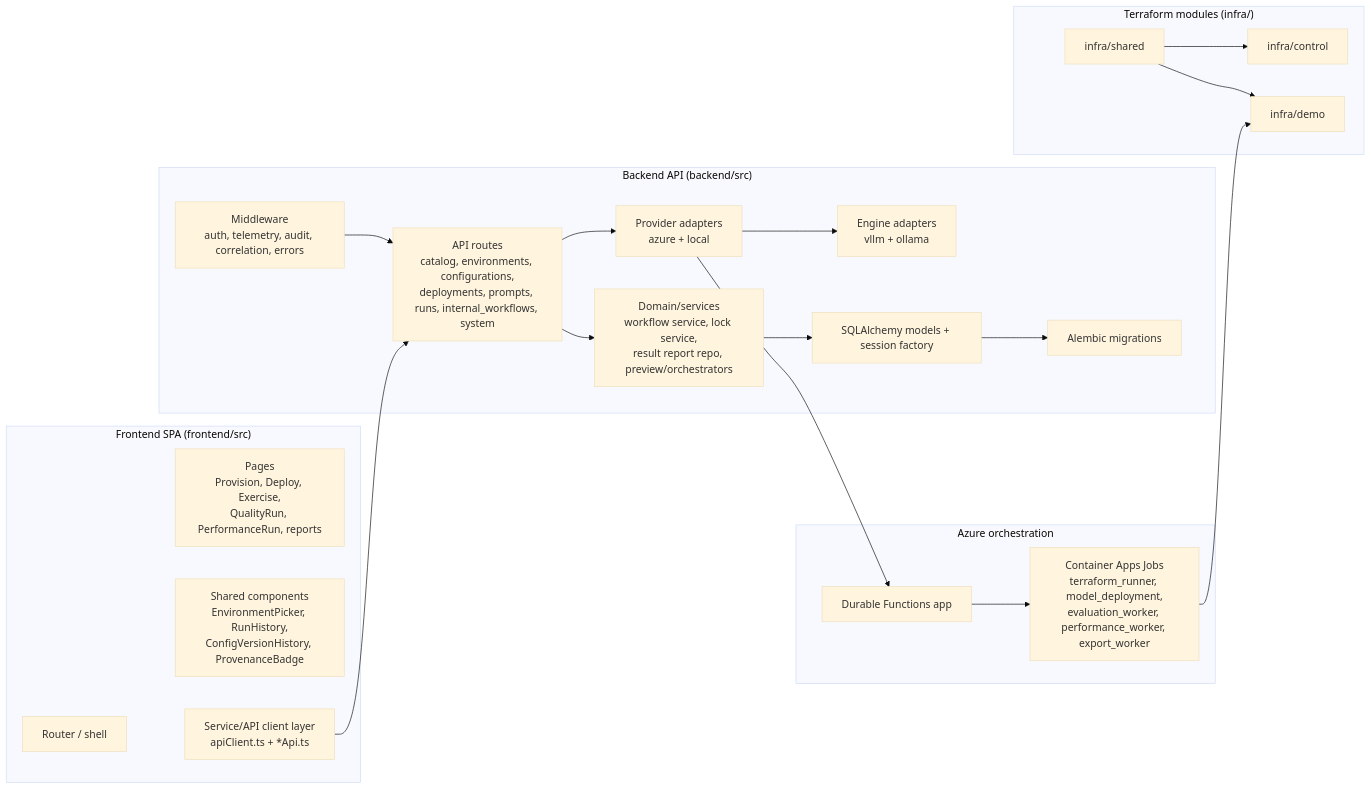
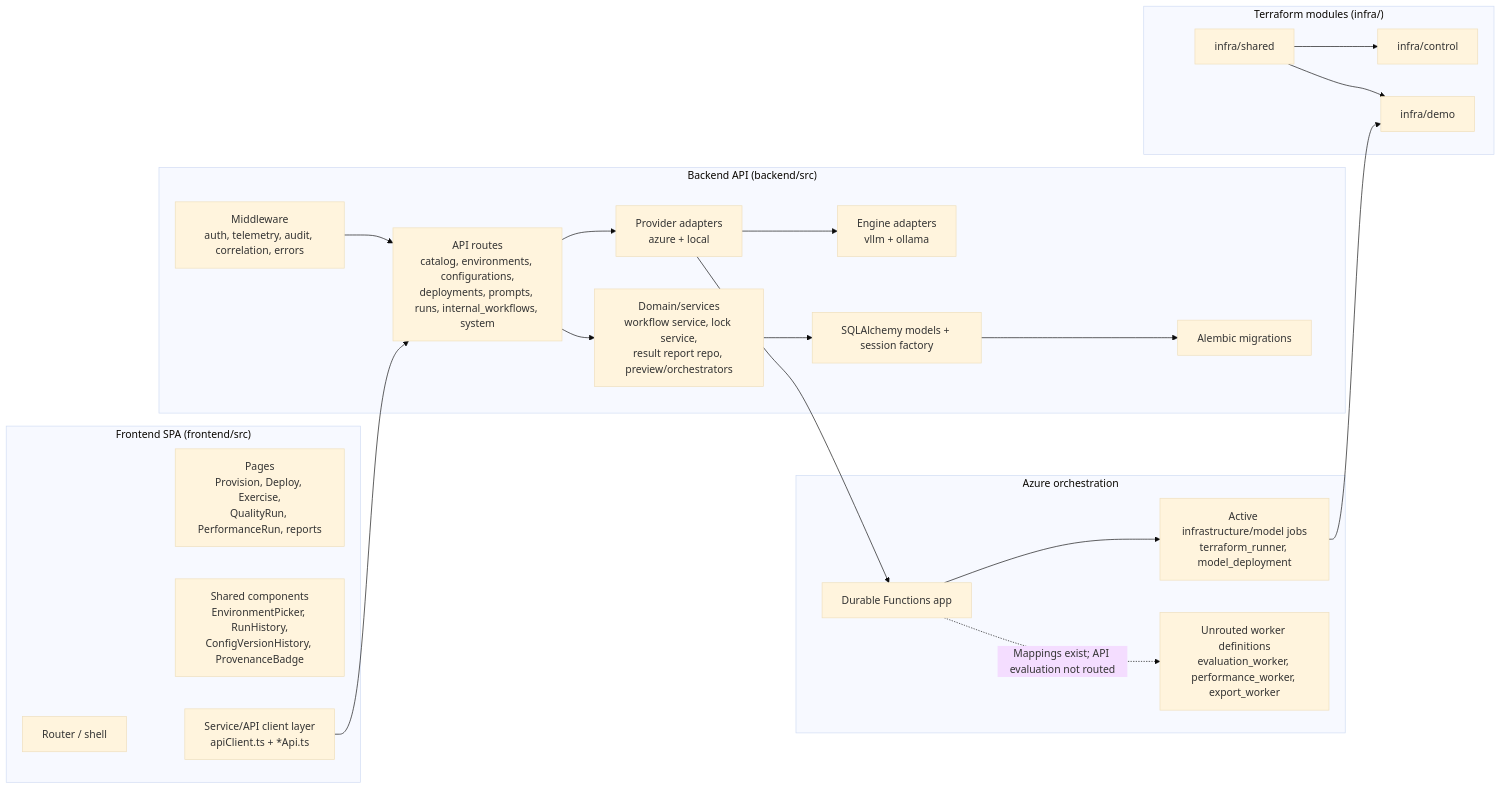
One commit to ribumann/llmserving changed the second of 12 diagrams in docs/ARCHITECTURE.md. Above: the diagram before and after it, drawn with Mermaid (base theme). The commit also changed other lines of this file and 8 other files, not shown here.

First line of the commit message:
Document honest release gates, operations and rendered architecture

````diff
--- a/docs/ARCHITECTURE.md
+++ b/docs/ARCHITECTURE.md
@@ -50,43 +54,45 @@
 ```mermaid
 flowchart LR
     subgraph Frontend["Frontend SPA (frontend/src)"]
         AppShell[Router / shell]
         Pages[Pages<br/>Provision, Deploy, Exercise,<br/>QualityRun, PerformanceRun, reports]
         SharedUI[Shared components<br/>EnvironmentPicker, RunHistory,<br/>ConfigVersionHistory, ProvenanceBadge]
         ApiClient[Service/API client layer<br/>apiClient.ts + *Api.ts]
     end
 
     subgraph Backend["Backend API (backend/src)"]
         ApiRoutes[API routes<br/>catalog, environments, configurations,<br/>deployments, prompts, runs, internal_workflows, system]
         Middleware[Middleware<br/>auth, telemetry, audit, correlation, errors]
         Domain[Domain/services<br/>workflow service, lock service,<br/>result report repo, preview/orchestrators]
         Providers[Provider adapters<br/>azure + local]
         Engines[Engine adapters<br/>vllm + ollama]
         Persistence[SQLAlchemy models + session factory]
         Alembic[Alembic migrations]
     end
 
     subgraph Orchestration["Azure orchestration"]
         Functions[Durable Functions app]
-        Jobs[Container Apps Jobs<br/>terraform_runner, model_deployment,<br/>evaluation_worker, performance_worker, export_worker]
+        Jobs[Active infrastructure/model jobs<br/>terraform_runner, model_deployment]
+        LegacyJobs[Unrouted worker definitions<br/>evaluation_worker, performance_worker, export_worker]
     end
 
     subgraph Infra["Terraform modules (infra/)"]
         SharedTF[infra/shared]
         ControlTF[infra/control]
         DemoTF[infra/demo]
     end
 
     Frontend --> ApiClient --> ApiRoutes
     Middleware --> ApiRoutes
     ApiRoutes --> Domain
     ApiRoutes --> Providers
     Domain --> Persistence
     Providers --> Engines
     Persistence --> Alembic
     Providers --> Functions
     Functions --> Jobs
+    Functions -.->|Mappings exist; API evaluation not routed| LegacyJobs
     Jobs --> DemoTF
     SharedTF --> ControlTF
     SharedTF --> DemoTF
 ```
````
